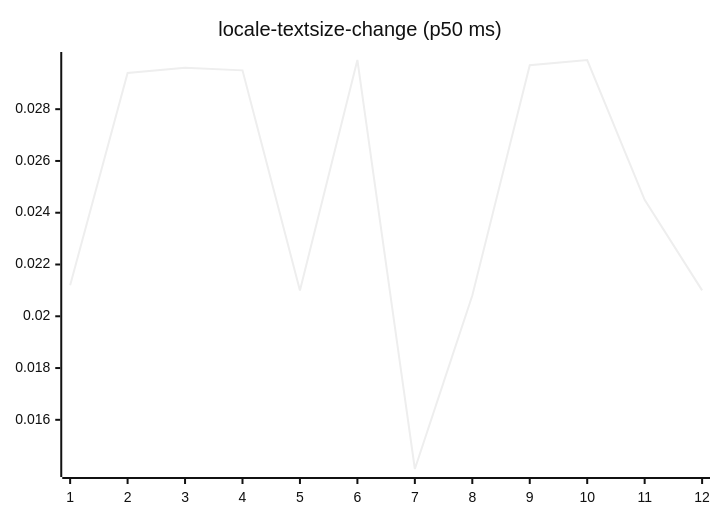
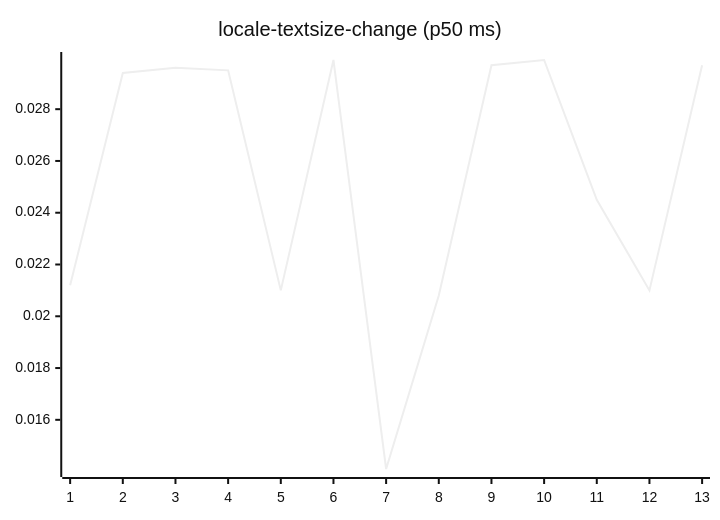
Diagram 13 of 27 in README.md (josha/Facet), drawn with Mermaid (neutral theme) before and after one commit. The commit also changed other lines of this file and 2 other files, not shown here.

````diff
--- a/README.md
+++ b/README.md
@@ -147,6 +147,6 @@
 ```mermaid
 xychart-beta
     title "locale-textsize-change (p50 ms)"
-    x-axis 1 --> 12
-    line [0.0212, 0.0294, 0.0296, 0.0295, 0.0210, 0.0299, 0.0141, 0.0208, 0.0297, 0.0299, 0.0245, 0.0210]
+    x-axis 1 --> 13
+    line [0.0212, 0.0294, 0.0296, 0.0295, 0.0210, 0.0299, 0.0141, 0.0208, 0.0297, 0.0299, 0.0245, 0.0210, 0.0297]
 ```
````
